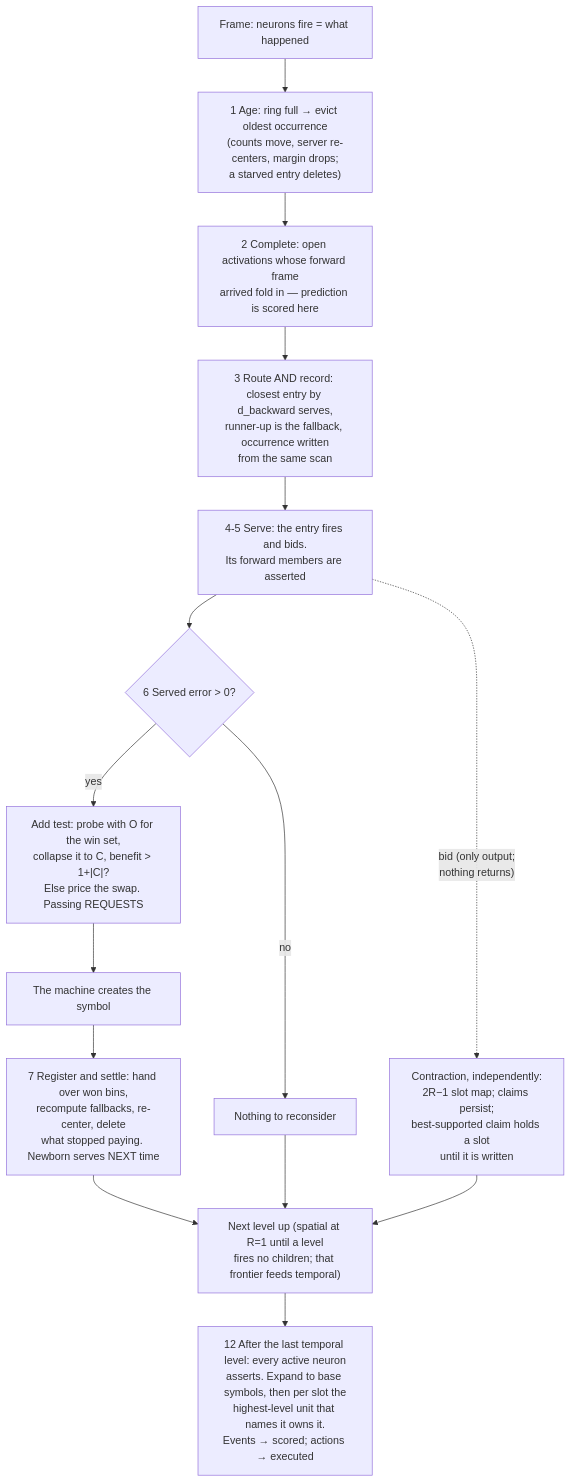
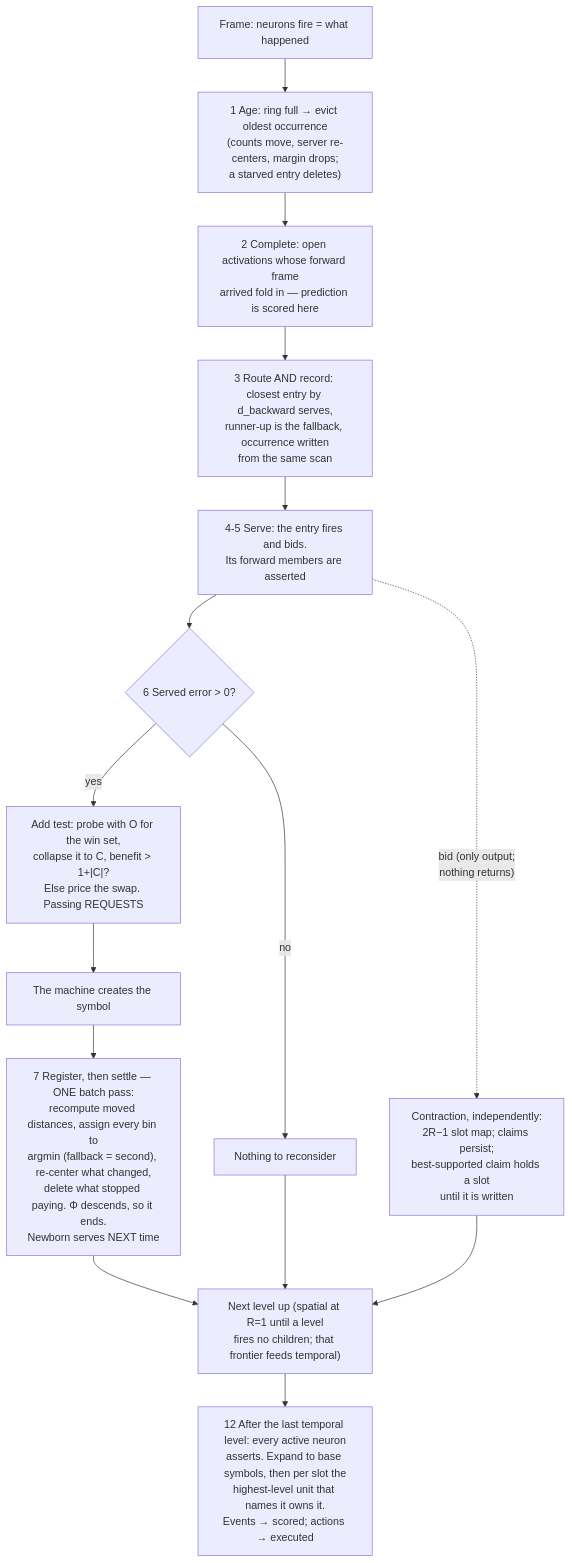
The diagram in docs/algorithm.md (cucar/robot_brain), drawn with Mermaid before and after one commit. The commit also changed other lines of this file, not shown here.

````diff
--- a/docs/algorithm.md
+++ b/docs/algorithm.md
@@ -883,17 +902,17 @@
 ```mermaid
 flowchart TD
     A["Frame: neurons fire = what happened"] --> B["1 Age: ring full → evict oldest occurrence<br/>(counts move, server re-centers, margin drops;<br/>a starved entry deletes)"]
     B --> C["2 Complete: open activations whose forward frame<br/>arrived fold in — prediction is scored here"]
     C --> D["3 Route AND record: closest entry by d_backward serves,<br/>runner-up is the fallback, occurrence written<br/>from the same scan"]
     D --> E["4-5 Serve: the entry fires and bids.<br/>Its forward members are asserted"]
     E -.->|"bid (only output;<br/>nothing returns)"| X["Contraction, independently:<br/>2R−1 slot map; claims persist;<br/>best-supported claim holds a slot<br/>until it is written"]
     E --> L{"6 Served error > 0?"}
     L -->|yes| M["Add test: probe with O for the win set,<br/>collapse it to C, benefit > 1+|C|?<br/>Else price the swap. Passing REQUESTS"]
     M --> P["The machine creates the symbol"]
-    P --> Q["7 Register and settle: hand over won bins,<br/>recompute fallbacks, re-center, delete<br/>what stopped paying. Newborn serves NEXT time"]
+    P --> Q["7 Register, then settle — ONE batch pass:<br/>recompute moved distances, assign every bin to<br/>argmin (fallback = second), re-center what changed,<br/>delete what stopped paying. Φ descends, so it ends.<br/>Newborn serves NEXT time"]
     L -->|no| N["Nothing to reconsider"]
     Q --> O["Next level up (spatial at R=1 until a level<br/>fires no children; that frontier feeds temporal)"]
     N --> O
     X --> O
     O --> Y["12 After the last temporal level: every active neuron<br/>asserts. Expand to base symbols, then per slot the<br/>highest-level unit that names it owns it.<br/>Events → scored; actions → executed"]
 ```
````
